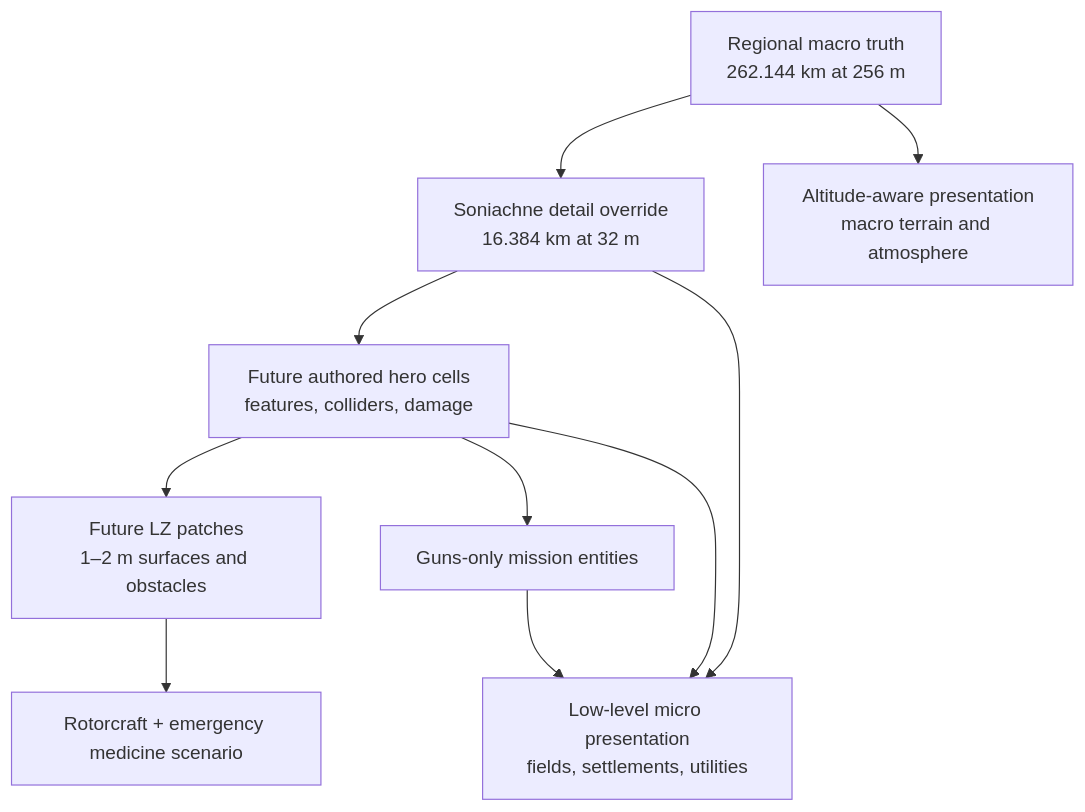
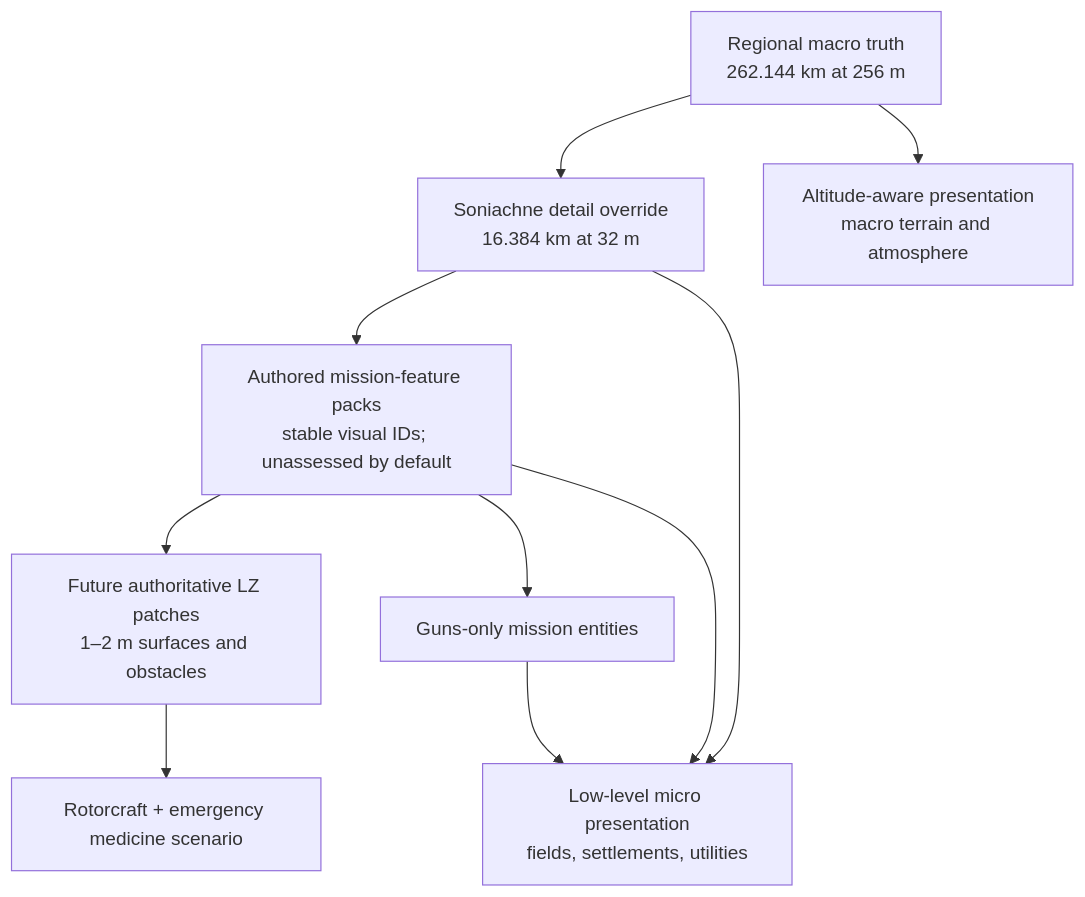
Before and after one commit to todd866/guns-only: the diagram in docs/ukraine-low-level-scenery.md, drawn with Mermaid. The commit also changed other lines of this file and 39 other files, not shown here.

````diff
--- a/docs/ukraine-low-level-scenery.md
+++ b/docs/ukraine-low-level-scenery.md
@@ -20,12 +23,12 @@
 ```mermaid
 flowchart TD
     A["Regional macro truth<br/>262.144 km at 256 m"] --> B["Soniachne detail override<br/>16.384 km at 32 m"]
-    B --> C["Future authored hero cells<br/>features, colliders, damage"]
-    C --> D["Future LZ patches<br/>1–2 m surfaces and obstacles"]
+    B --> C["Authored mission-feature packs<br/>stable visual IDs; unassessed by default"]
+    C --> D["Future authoritative LZ patches<br/>1–2 m surfaces and obstacles"]
     C --> E["Guns-only mission entities"]
     D --> F["Rotorcraft + emergency medicine scenario"]
     A --> G["Altitude-aware presentation<br/>macro terrain and atmosphere"]
     B --> H["Low-level micro presentation<br/>fields, settlements, utilities"]
     C --> H
     E --> H
 ```
````
